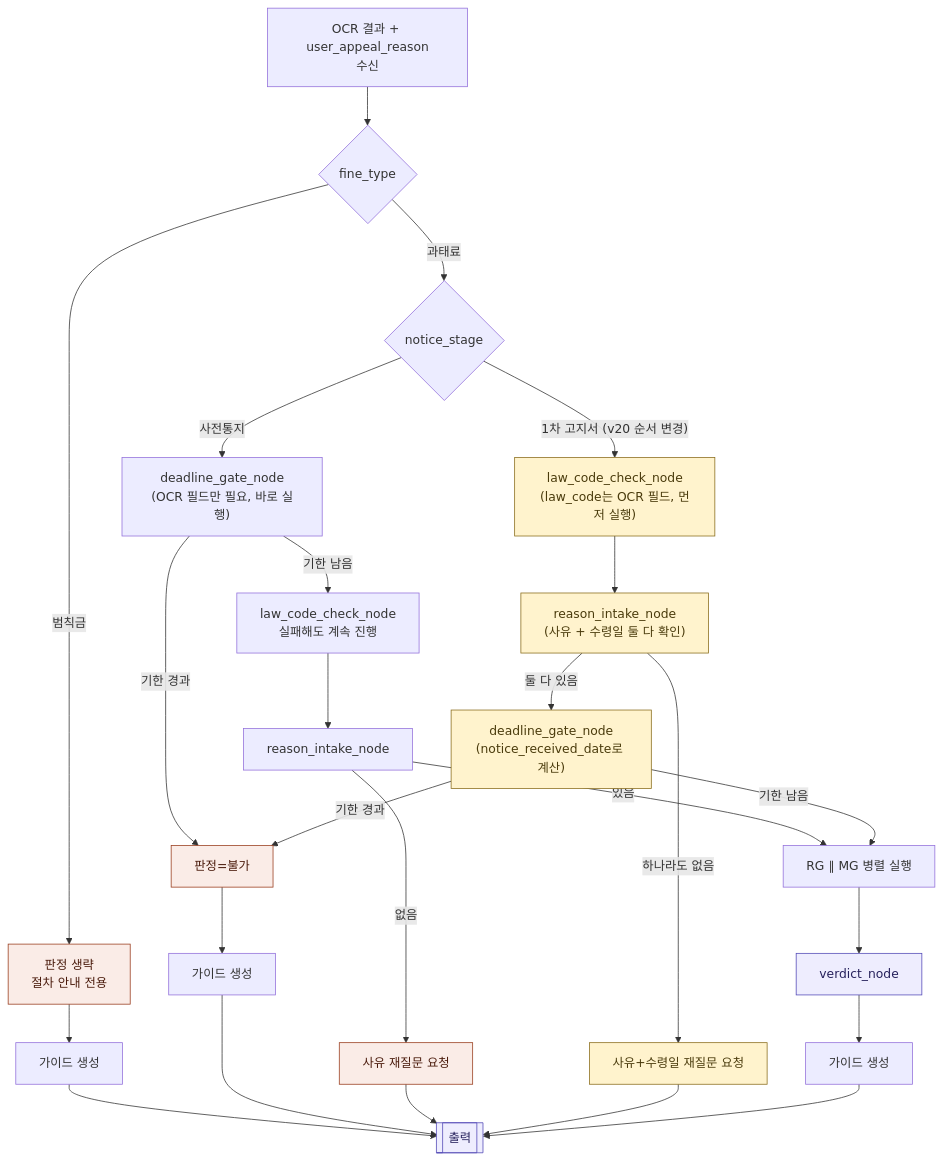
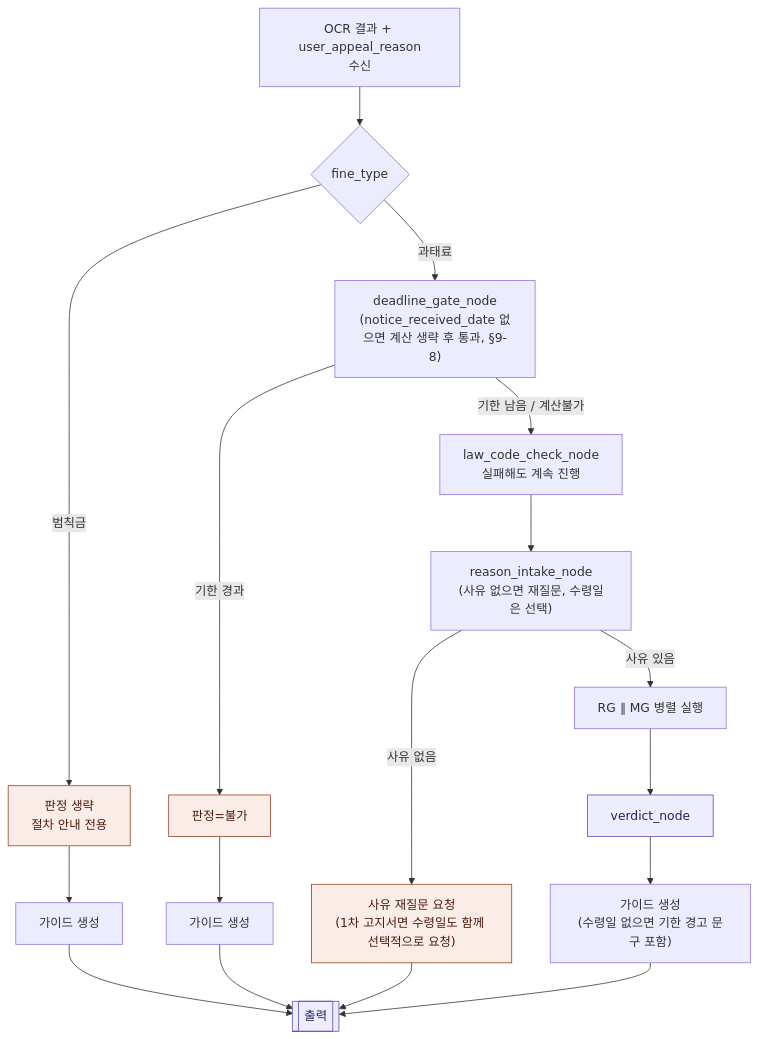
Before and after one commit to SKNETWORKS-FAMILY-AICAMP/SKN27-FINAL-3Team: the second of 2 diagrams in 설계문서/01_아키텍처_설계서.md, drawn with Mermaid. The commit also changed other lines of this file and 10 other files, not shown here.

````diff
--- a/설계문서/01_아키텍처_설계서.md
+++ b/설계문서/01_아키텍처_설계서.md
@@ -98,29 +100,19 @@
 ```mermaid
 flowchart TD
     A["OCR 결과 + user_appeal_reason<br/>수신"] --> B{"fine_type"}
     B -->|"범칙금"| D["판정 생략<br/>절차 안내 전용"] --> G3["가이드 생성"] --> OUT[["출력"]]
-    B -->|"과태료"| ST{"notice_stage"}
+    B -->|"과태료"| DGATE["deadline_gate_node<br/>(notice_received_date 없으면 계산 생략 후 통과, §9-8)"]
 
-    ST -->|"사전통지"| DGATE_A["deadline_gate_node<br/>(OCR 필드만 필요, 바로 실행)"]
-    DGATE_A -->|"기한 경과"| DENY["판정=불가"] --> G2["가이드 생성"] --> OUT
-    DGATE_A -->|"기한 남음"| LCHK["law_code_check_node<br/>실패해도 계속 진행"]
-    LCHK --> RI["reason_intake_node"]
-    RI -->|"없음"| REQ["사유 재질문 요청"] --> OUT
-    RI -->|"있음"| RGMG["RG ∥ MG 병렬 실행"]
+    DGATE -->|"기한 경과"| DENY["판정=불가"] --> G2["가이드 생성"] --> OUT
+    DGATE -->|"기한 남음 / 계산불가"| LCHK["law_code_check_node<br/>실패해도 계속 진행"]
+    LCHK --> RI["reason_intake_node<br/>(사유 없으면 재질문, 수령일은 선택)"]
+    RI -->|"사유 없음"| REQ["사유 재질문 요청<br/>(1차 고지서면 수령일도 함께 선택적으로 요청)"] --> OUT
+    RI -->|"사유 있음"| RGMG["RG ∥ MG 병렬 실행"]
 
-    ST -->|"1차 고지서 (v20 순서 변경)"| LCHK2["law_code_check_node<br/>(law_code는 OCR 필드, 먼저 실행)"]
-    LCHK2 --> RI2["reason_intake_node<br/>(사유 + 수령일 둘 다 확인)"]
-    RI2 -->|"하나라도 없음"| REQ2["사유+수령일 재질문 요청"] --> OUT
-    RI2 -->|"둘 다 있음"| DGATE_B["deadline_gate_node<br/>(notice_received_date로 계산)"]
-    DGATE_B -->|"기한 경과"| DENY
-    DGATE_B -->|"기한 남음"| RGMG
-
-    RGMG --> E["verdict_node"] --> G["가이드 생성"] --> OUT
+    RGMG --> E["verdict_node"] --> G["가이드 생성<br/>(수령일 없으면 기한 경고 문구 포함)"] --> OUT
 
     classDef term fill:#FAECE7,stroke:#993C1D,color:#4A1B0C;
     classDef ok fill:#EEEDFE,stroke:#534AB7,color:#26215C;
-    classDef new fill:#FFF3CD,stroke:#8A6D1D,color:#4A3B0C;
     class D,DENY,REQ term;
     class E,OUT ok;
-    class LCHK2,RI2,REQ2,DGATE_B new;
 ```
````
